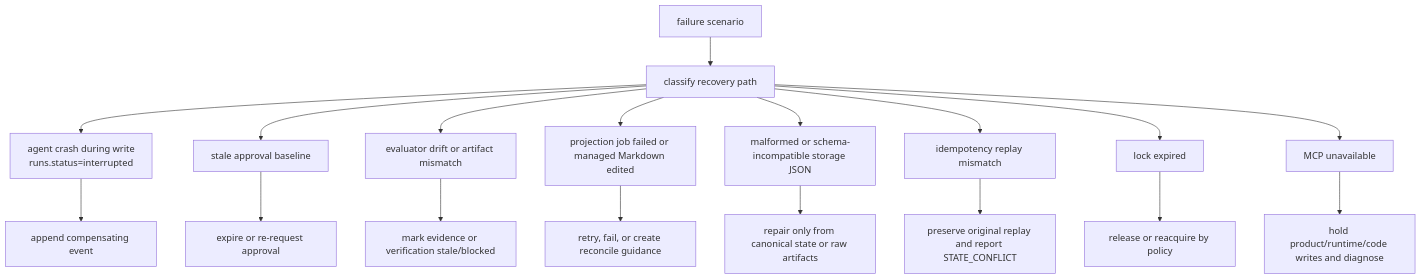
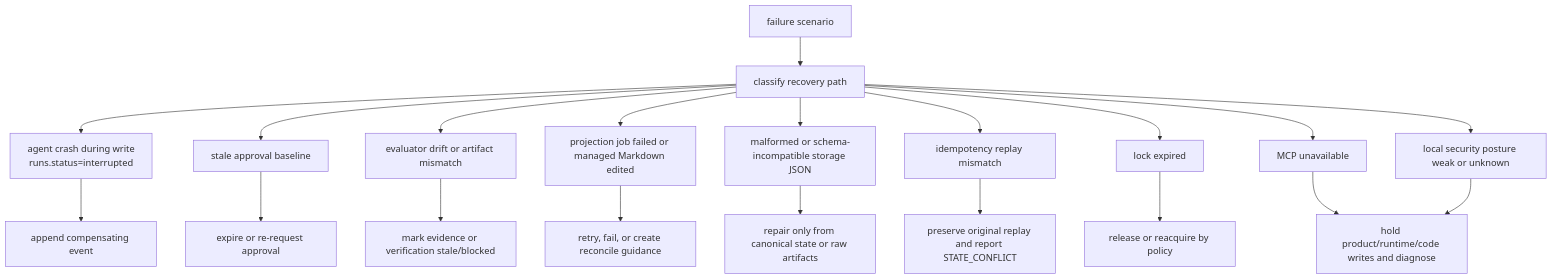
Before and after one commit to minjungw00/Volicord: the ninth of 14 diagrams in docs/en/reference/operations-and-conformance.md, drawn with Mermaid. The commit also changed other lines of this file and 9 other files, not shown here.

Commit message:
docs: define MVP local security baseline

````diff
--- a/docs/en/reference/operations-and-conformance.md
+++ b/docs/en/reference/operations-and-conformance.md
@@ -452,20 +463,22 @@
 ```mermaid
 flowchart TD
   Scenario["failure scenario"] --> Classify["classify recovery path"]
   Classify --> Interrupted["agent crash during write<br/>runs.status=interrupted"]
   Classify --> Baseline["stale approval baseline"]
   Classify --> Evidence["evaluator drift or artifact mismatch"]
   Classify --> Projection["projection job failed or managed Markdown edited"]
   Classify --> Storage["malformed or schema-incompatible storage JSON"]
   Classify --> Replay["idempotency replay mismatch"]
   Classify --> Lock["lock expired"]
   Classify --> MCP["MCP unavailable"]
+  Classify --> Security["local security posture weak or unknown"]
   Interrupted --> Event["append compensating event"]
   Baseline --> Approval["expire or re-request approval"]
   Evidence --> Stale["mark evidence or verification stale/blocked"]
   Projection --> Recon["retry, fail, or create reconcile guidance"]
   Storage --> Repair["repair only from canonical state or raw artifacts"]
   Replay --> Conflict["preserve original replay and report STATE_CONFLICT"]
   Lock --> Release["release or reacquire by policy"]
   MCP --> Hold["hold product/runtime/code writes and diagnose"]
+  Security --> Hold
 ```
````
